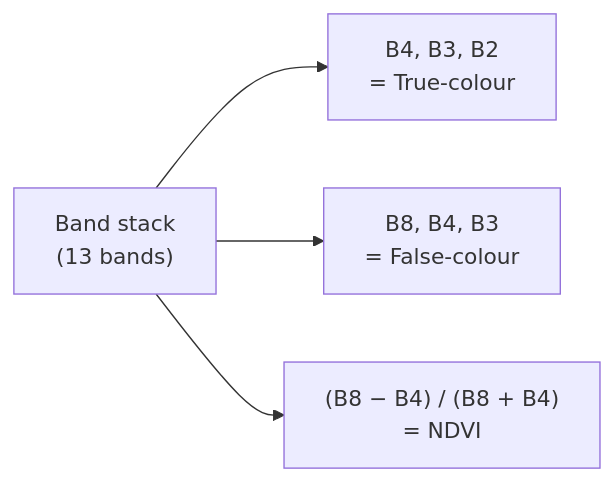
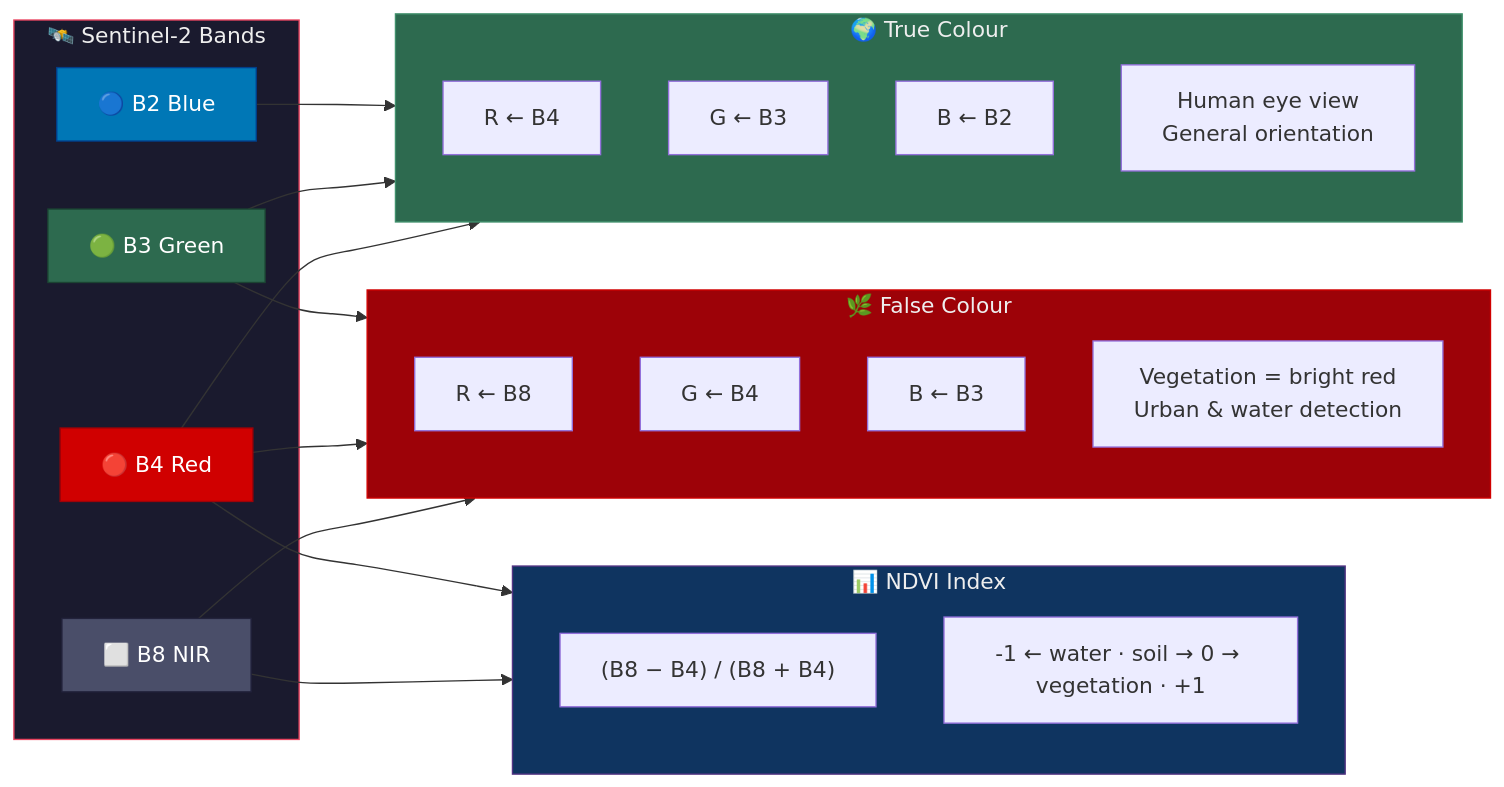
Before and after one commit to AIML4OS/funathon-project3: the first of 2 diagrams in 1-acquisition.qmd, drawn with Mermaid. The commit also changed other lines of this file and 2 other files, not shown here.

````diff
--- a/1-acquisition.qmd
+++ b/1-acquisition.qmd
@@ -239,8 +285,54 @@
 ```{mermaid}
 %%| label: fig-band-combinations
 %%| fig-cap: "Three ways to combine Sentinel-2 bands for different analyses."
-flowchart LR
-    S["Band stack\n(13 bands)"] --> TC["B4, B3, B2\n= True-colour"]
-    S --> FC["B8, B4, B3\n= False-colour"]
-    S --> NDVI["(B8 − B4) / (B8 + B4)\n= NDVI"]
+%%| eval: true
+graph LR
+    subgraph BANDS["🛰️ Sentinel-2 Bands"]
+        B2["🔵 B2 Blue"]
+        B3["🟢 B3 Green"]
+        B4["🔴 B4 Red"]
+        B8["⬜ B8 NIR"]
+    end
+
+    subgraph TRUE["🌍 True Colour"]
+        direction TB
+        TC_R["R ← B4"]
+        TC_G["G ← B3"]
+        TC_B["B ← B2"]
+        TC_USE["Human eye view<br/>General orientation"]
+    end
+
+    subgraph FALSE["🌿 False Colour"]
+        direction TB
+        FC_R["R ← B8"]
+        FC_G["G ← B4"]
+        FC_B["B ← B3"]
+        FC_USE["Vegetation = bright red<br/>Urban & water detection"]
+    end
+
+    subgraph NDVI["📊 NDVI Index"]
+        direction TB
+        FORMULA["(B8 − B4) / (B8 + B4)"]
+        SCALE["-1 ← water · soil → 0 → vegetation · +1"]
+    end
+
+    B4 --> TC_R
+    B3 --> TC_G
+    B2 --> TC_B
+
+    B8 --> FC_R
+    B4 --> FC_G
+    B3 --> FC_B
+
+    B8 --> FORMULA
+    B4 --> FORMULA
+
+    style BANDS fill:#1a1a2e,stroke:#e94560,color:#eee
+    style TRUE fill:#2d6a4f,stroke:#40916c,color:#eee
+    style FALSE fill:#9d0208,stroke:#d00000,color:#eee
+    style NDVI fill:#0f3460,stroke:#533483,color:#eee
+    style B2 fill:#0077b6,color:#fff,stroke:#023e8a
+    style B3 fill:#2d6a4f,color:#fff,stroke:#1b4332
+    style B4 fill:#d00000,color:#fff,stroke:#9d0208
+    style B8 fill:#4a4e69,color:#fff,stroke:#22223b
 ```
````
